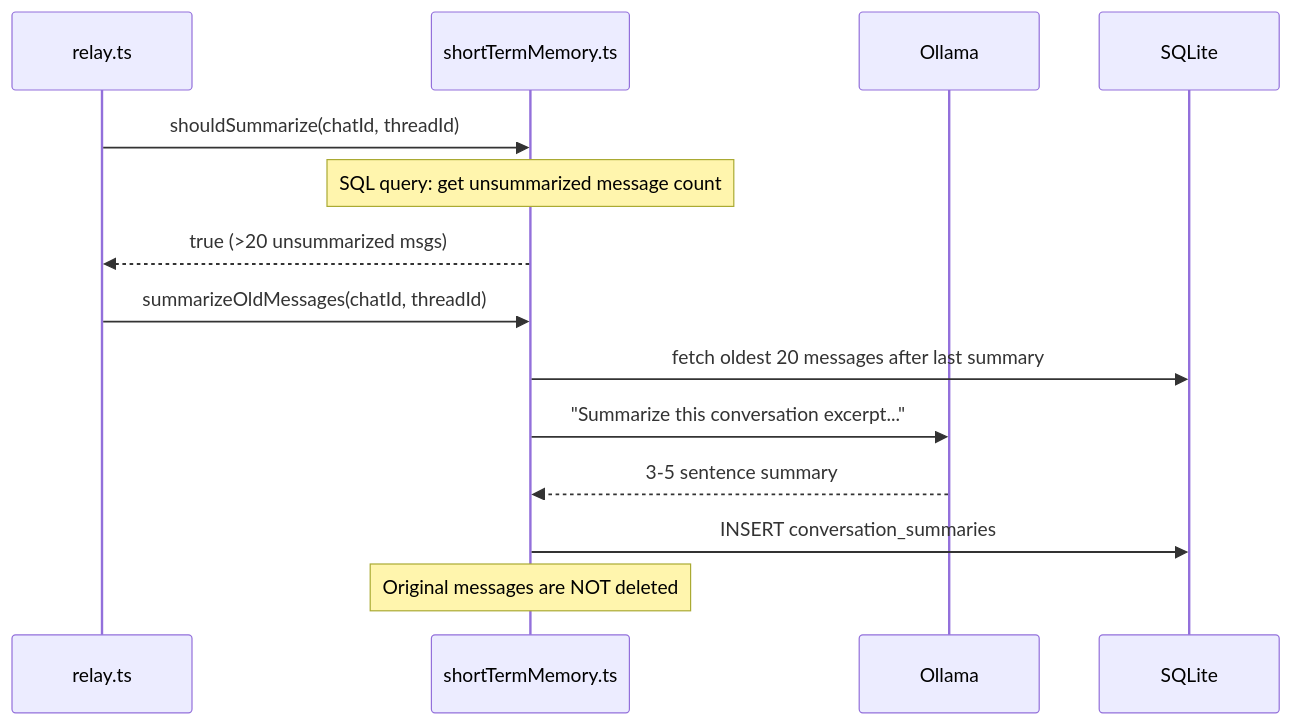
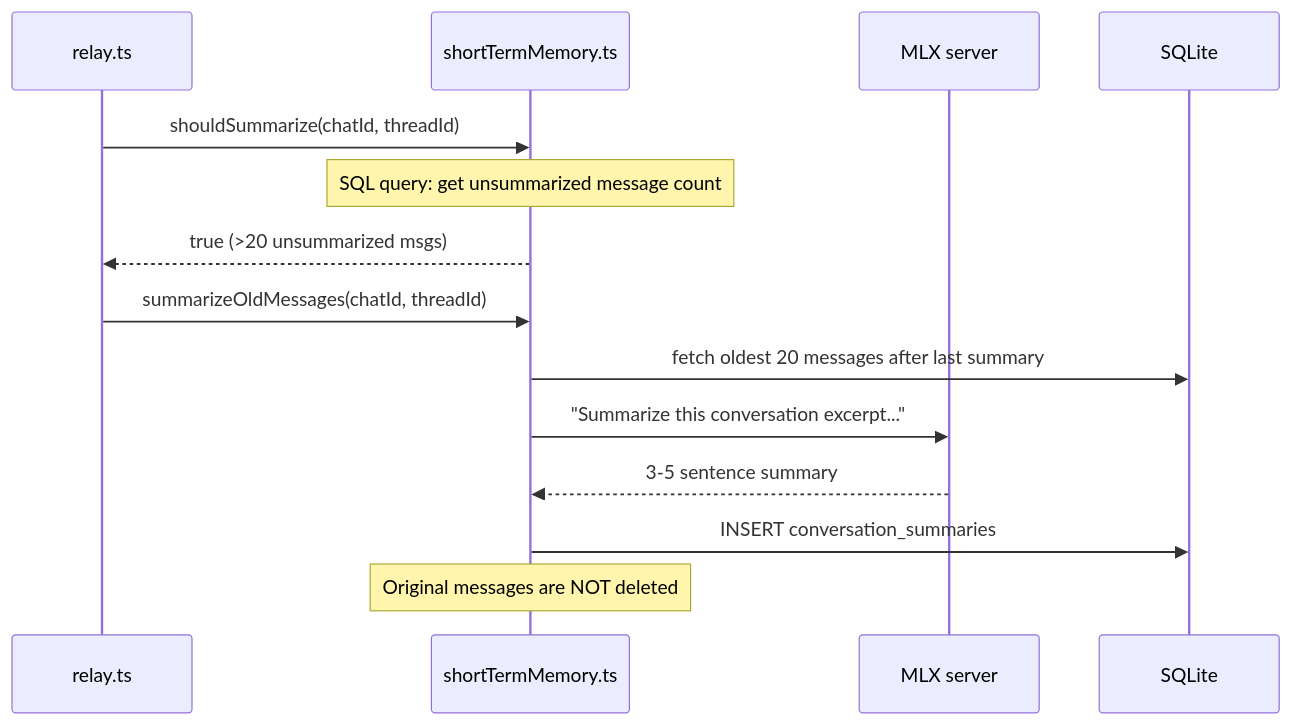
One commit to furi-wigt/claude-telegram-relay changed the fourth of 9 diagrams in docs/prompt_builder.md. Above: the diagram before and after it, drawn with Mermaid. The commit also changed other lines of this file and 9 other files, not shown here.

First line of the commit message:
docs: purge Ollama refs, update to MLX-only, delete obsolete launchd docs

````diff
--- a/docs/prompt_builder.md
+++ b/docs/prompt_builder.md
@@ -87,17 +87,17 @@
 ```mermaid
 sequenceDiagram
     participant R as relay.ts
     participant STM as shortTermMemory.ts
-    participant Ollama
+    participant MLX as MLX server
     participant DB as SQLite
 
     R->>STM: shouldSummarize(chatId, threadId)
     Note over STM: SQL query: get unsummarized message count
     STM-->>R: true (>20 unsummarized msgs)
     R->>STM: summarizeOldMessages(chatId, threadId)
     STM->>DB: fetch oldest 20 messages after last summary
-    STM->>Ollama: "Summarize this conversation excerpt..."
-    Ollama-->>STM: 3-5 sentence summary
+    STM->>MLX: "Summarize this conversation excerpt..."
+    MLX-->>STM: 3-5 sentence summary
     STM->>DB: INSERT conversation_summaries
     Note over STM: Original messages are NOT deleted
 ```
````
